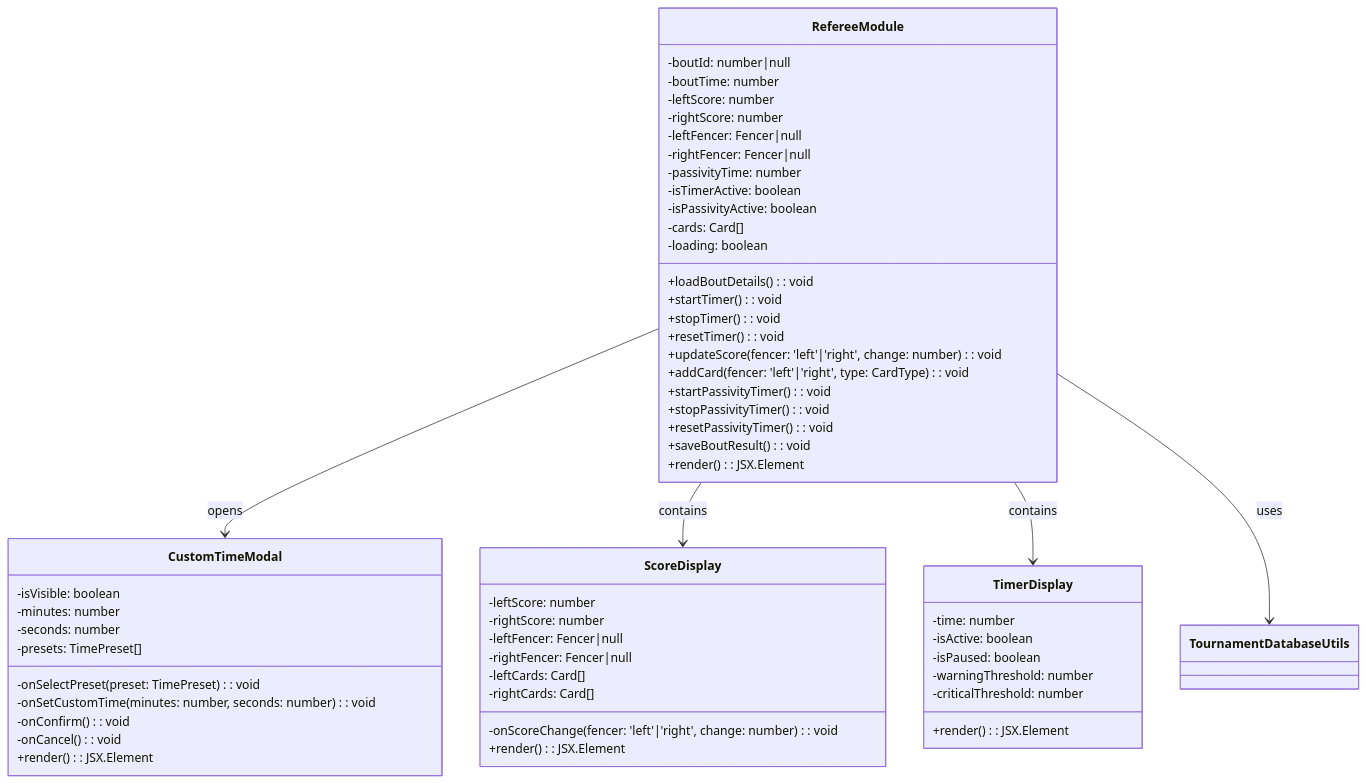
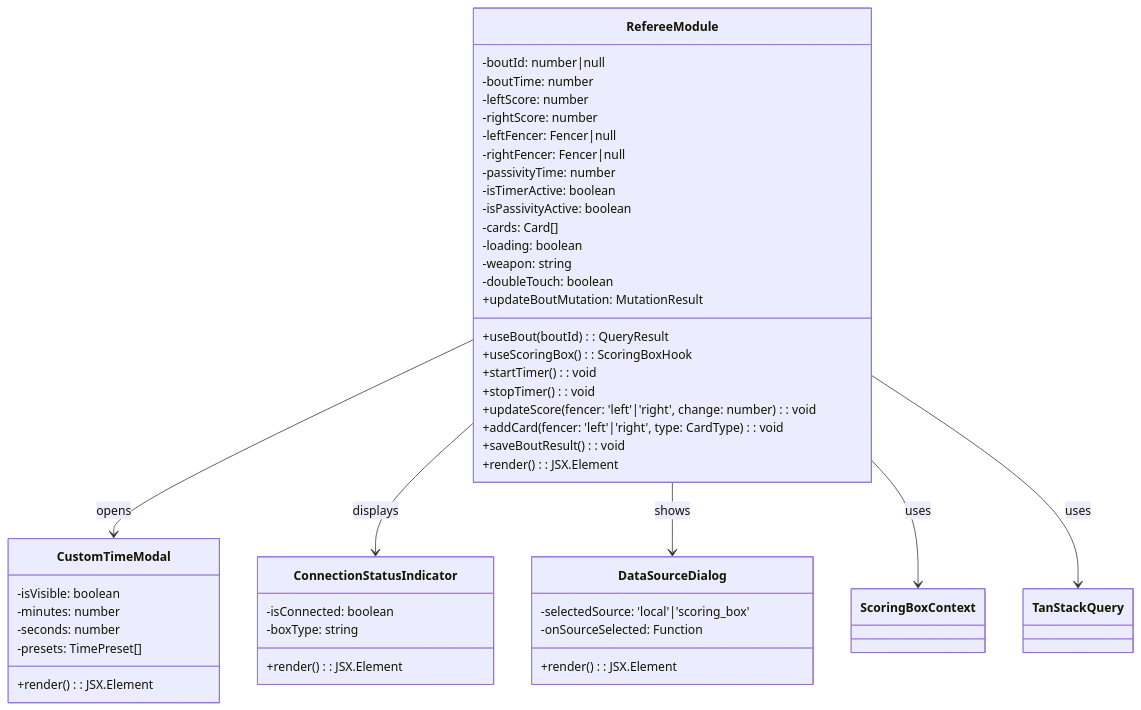
One commit to FencingSeniorDesign/client changed diagram 33 of 38 in docs/Spring Quarter Deliverables/SDD.md. Above: the diagram before and after it, drawn with Mermaid. The commit also changed other lines of this file, not shown here.

````diff
--- a/docs/Spring Quarter Deliverables/SDD.md
+++ b/docs/Spring Quarter Deliverables/SDD.md
@@ -1525,64 +1535,53 @@
 ```mermaid
 classDiagram
     class RefereeModule {
         -boutId: number|null
         -boutTime: number
         -leftScore: number
         -rightScore: number
         -leftFencer: Fencer|null
         -rightFencer: Fencer|null
         -passivityTime: number
         -isTimerActive: boolean
         -isPassivityActive: boolean
         -cards: Card[]
         -loading: boolean
-        +loadBoutDetails(): void
+        -weapon: string
+        -doubleTouch: boolean
+        +useBout(boutId): QueryResult
+        +updateBoutMutation: MutationResult
+        +useScoringBox(): ScoringBoxHook
         +startTimer(): void
         +stopTimer(): void
-        +resetTimer(): void
         +updateScore(fencer: 'left'|'right', change: number): void
         +addCard(fencer: 'left'|'right', type: CardType): void
-        +startPassivityTimer(): void
-        +stopPassivityTimer(): void
-        +resetPassivityTimer(): void
         +saveBoutResult(): void
         +render(): JSX.Element
     }
 
     class CustomTimeModal {
         -isVisible: boolean
         -minutes: number
         -seconds: number
         -presets: TimePreset[]
-        -onSelectPreset(preset: TimePreset): void
-        -onSetCustomTime(minutes: number, seconds: number): void
-        -onConfirm(): void
-        -onCancel(): void
         +render(): JSX.Element
     }
 
-    class ScoreDisplay {
-        -leftScore: number
-        -rightScore: number
-        -leftFencer: Fencer|null
-        -rightFencer: Fencer|null
-        -leftCards: Card[]
-        -rightCards: Card[]
-        -onScoreChange(fencer: 'left'|'right', change: number): void
+    class ConnectionStatusIndicator {
+        -isConnected: boolean
+        -boxType: string
         +render(): JSX.Element
     }
 
-    class TimerDisplay {
-        -time: number
-        -isActive: boolean
-        -isPaused: boolean
-        -warningThreshold: number
-        -criticalThreshold: number
+    class DataSourceDialog {
+        -selectedSource: 'local'|'scoring_box'
+        -onSourceSelected: Function
         +render(): JSX.Element
     }
 
     RefereeModule --> CustomTimeModal: opens
-    RefereeModule --> ScoreDisplay: contains
-    RefereeModule --> TimerDisplay: contains
-    RefereeModule --> TournamentDatabaseUtils: uses
+    RefereeModule --> ConnectionStatusIndicator: displays
+    RefereeModule --> DataSourceDialog: shows
+    RefereeModule --> ScoringBoxContext: uses
+    RefereeModule --> TanStackQuery: uses
 ```
````
